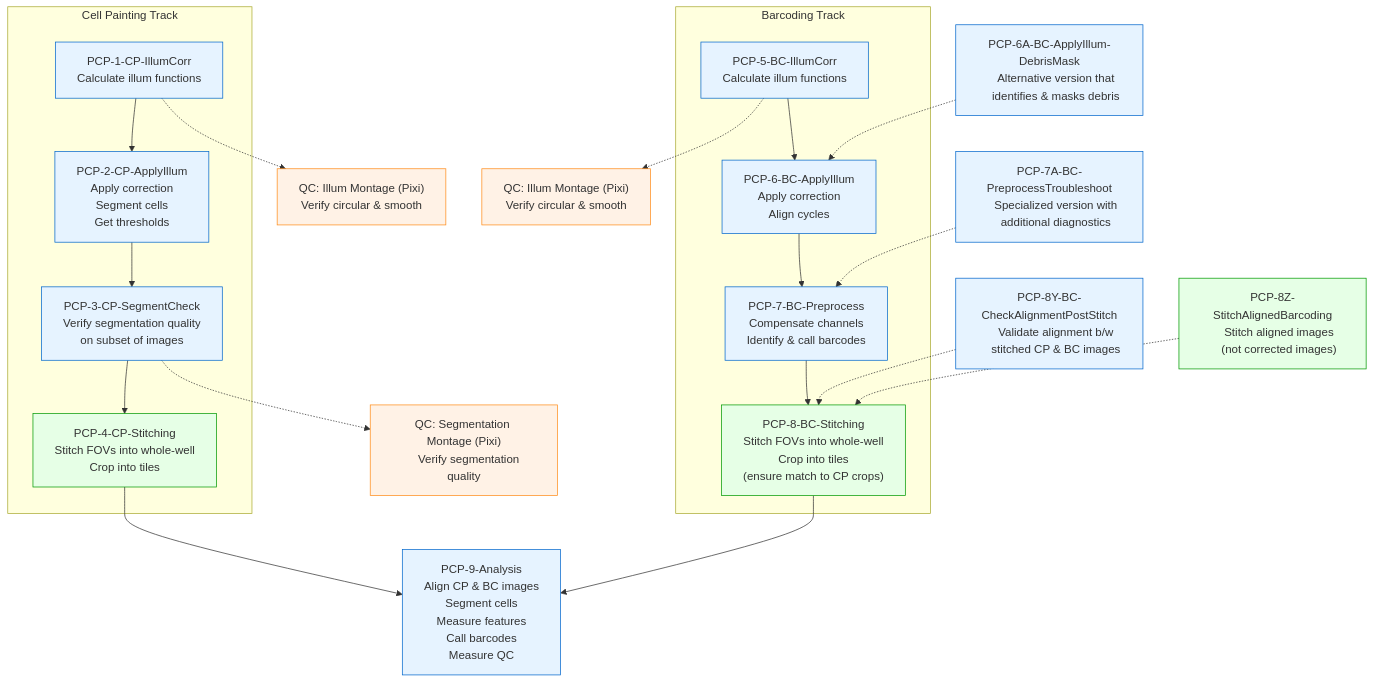
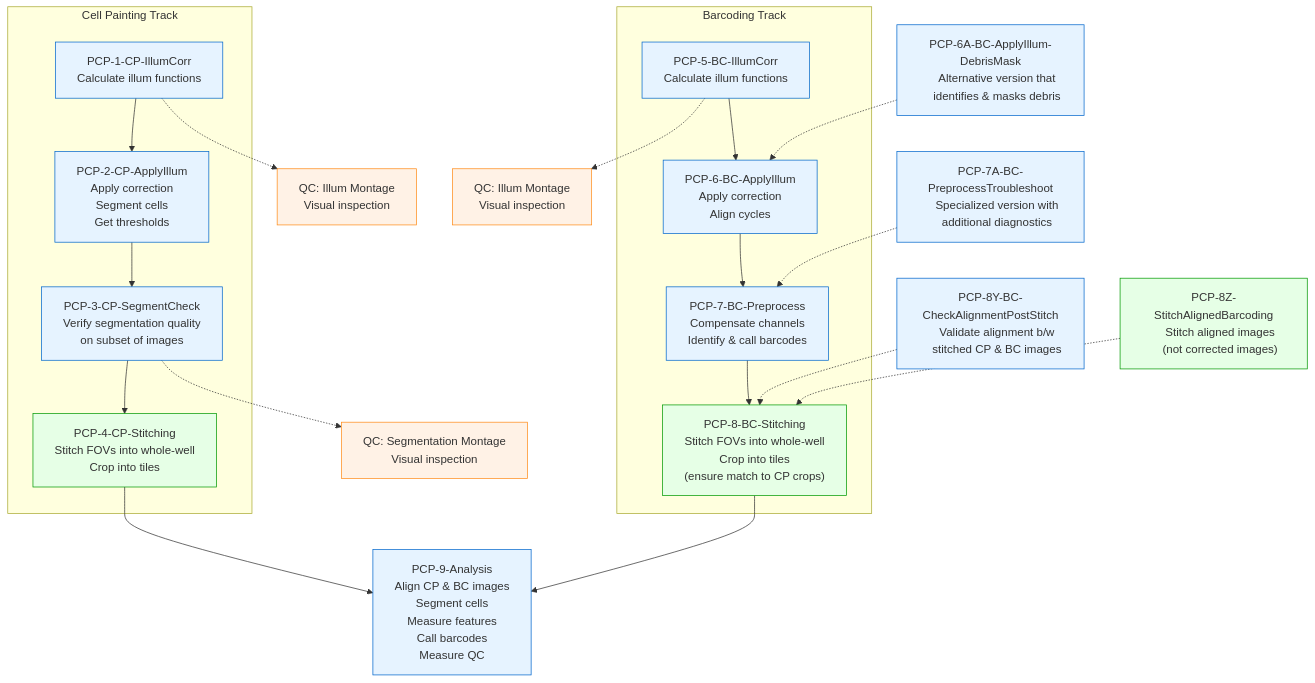
The diagram in pcpip/README.md (broadinstitute/nf-pooled-cellpainting-assets), drawn with Mermaid before and after one commit. The commit also changed other lines of this file and 6 other files, not shown here.

````diff
--- a/pcpip/README.md
+++ b/pcpip/README.md
@@ -71,74 +73,74 @@
 ```mermaid
 flowchart TD
     %% Main pipelines with detailed descriptions
     subgraph "Cell Painting Track"
         PCP1["PCP-1-CP-IllumCorr
         Calculate illum functions"] -->
         PCP2["PCP-2-CP-ApplyIllum
         Apply correction
         Segment cells
         Get thresholds"] -->
         PCP3["PCP-3-CP-SegmentCheck
         Verify segmentation quality
         on subset of images"]
         PCP3 --> PCP4["PCP-4-CP-Stitching
         Stitch FOVs into whole-well
         Crop into tiles"]
     end
 
     subgraph "Barcoding Track"
         PCP5["PCP-5-BC-IllumCorr
         Calculate illum functions"] -->
         PCP6["PCP-6-BC-ApplyIllum
         Apply correction
         Align cycles"] -->
         PCP7["PCP-7-BC-Preprocess
         Compensate channels
         Identify & call barcodes"] -->
         PCP8["PCP-8-BC-Stitching
         Stitch FOVs into whole-well
         Crop into tiles
         (ensure match to CP crops)"]
     end
 
     PCP4 & PCP8 --> PCP9["PCP-9-Analysis
         Align CP & BC images
         Segment cells
         Measure features
         Call barcodes
         Measure QC"]
 
     %% Troubleshooting/specialized pipelines
     PCP8Y["PCP-8Y-BC-CheckAlignmentPostStitch
     Validate alignment b/w
     stitched CP & BC images"] -.-> PCP8
     PCP8Z["PCP-8Z-StitchAlignedBarcoding
     Stitch aligned images
     (not corrected images)"] -.-> PCP8
 
     PCP7A["PCP-7A-BC-PreprocessTroubleshoot
     Specialized version with
     additional diagnostics"] -.-> PCP7
 
     PCP6A["PCP-6A-BC-ApplyIllum-DebrisMask
     Alternative version that
     identifies & masks debris"] -.-> PCP6
 
-    PCP1 -.-> QC1["QC: Illum Montage (Pixi)
-    Verify circular & smooth"]
+    PCP1 -.-> QC1["QC: Illum Montage
+    Visual inspection"]
 
-    PCP3 -.-> QC3["QC: Segmentation Montage (Pixi)
-    Verify segmentation quality"]
+    PCP3 -.-> QC3["QC: Segmentation Montage
+    Visual inspection"]
 
-    PCP5 -.-> QC5["QC: Illum Montage (Pixi)
-    Verify circular & smooth"]
+    PCP5 -.-> QC5["QC: Illum Montage
+    Visual inspection"]
 
     %% Processing platforms
     classDef cellprofiler fill:#e6f3ff,stroke:#0066cc
     classDef fiji fill:#e6ffe6,stroke:#009900
     classDef qc fill:#fff2e6,stroke:#ff8c1a
 
     class PCP1,PCP2,PCP3,PCP5,PCP6,PCP7,PCP7A,PCP8Y,PCP9,PCP6A cellprofiler
     class PCP4,PCP8,PCP8Z fiji
     class QC1,QC3,QC5 qc
 ```
````
